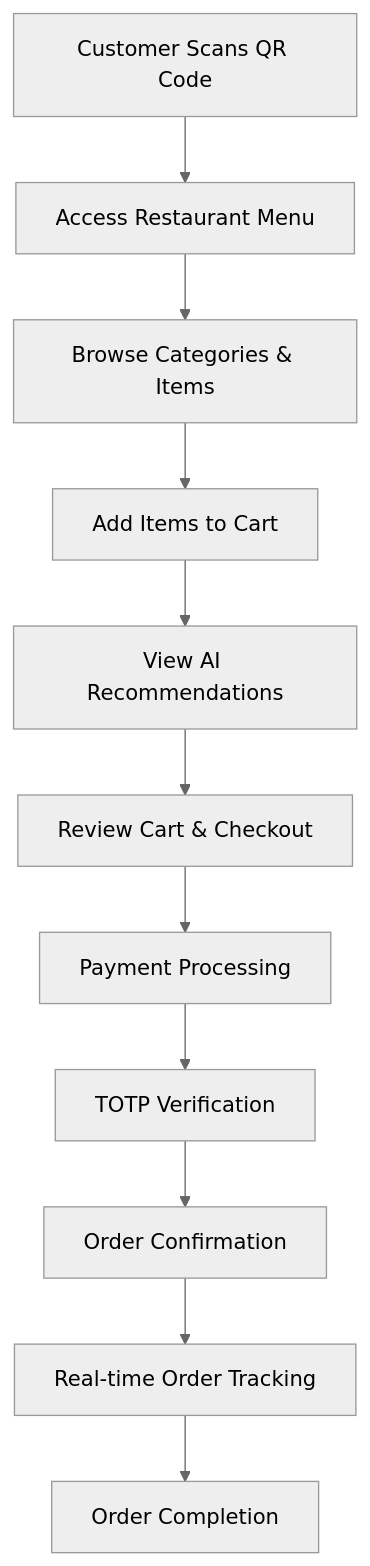
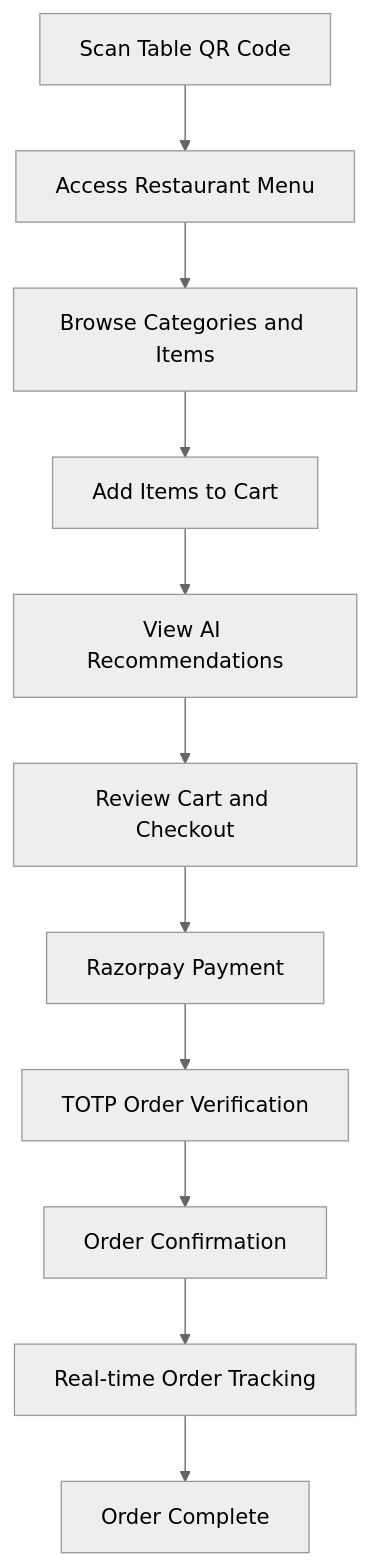
Before and after one commit to Atharvkote/ai-based-contactless-ordering: the first of 4 diagrams in README.md, drawn with Mermaid (neutral theme). The commit also changed other lines of this file, not shown here.

````diff
--- a/README.md
+++ b/README.md
@@ -89,13 +37,13 @@
 ```mermaid
 graph TD
-    A[Customer Scans QR Code] --> B[Access Restaurant Menu]
-    B --> C[Browse Categories & Items]
+    A[Scan Table QR Code] --> B[Access Restaurant Menu]
+    B --> C[Browse Categories and Items]
     C --> D[Add Items to Cart]
     D --> E[View AI Recommendations]
-    E --> F[Review Cart & Checkout]
-    F --> G[Payment Processing]
-    G --> H[TOTP Verification]
+    E --> F[Review Cart and Checkout]
+    F --> G[Razorpay Payment]
+    G --> H[TOTP Order Verification]
     H --> I[Order Confirmation]
     I --> J[Real-time Order Tracking]
-    J --> K[Order Completion]
+    J --> K[Order Complete]
 ```
````
